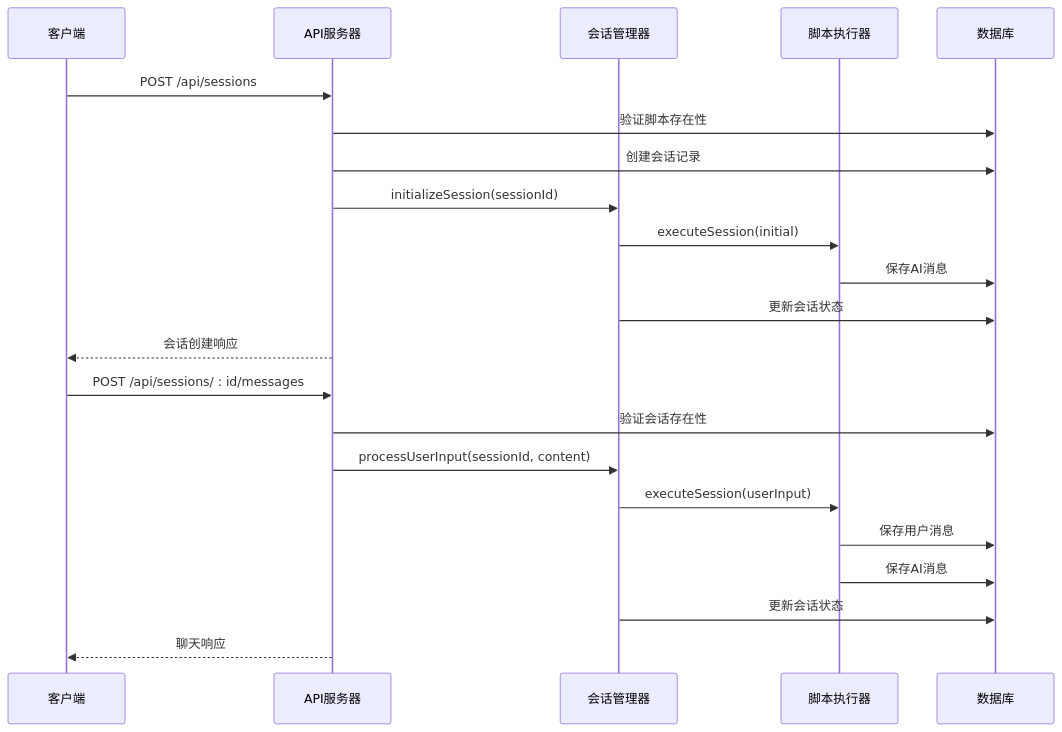
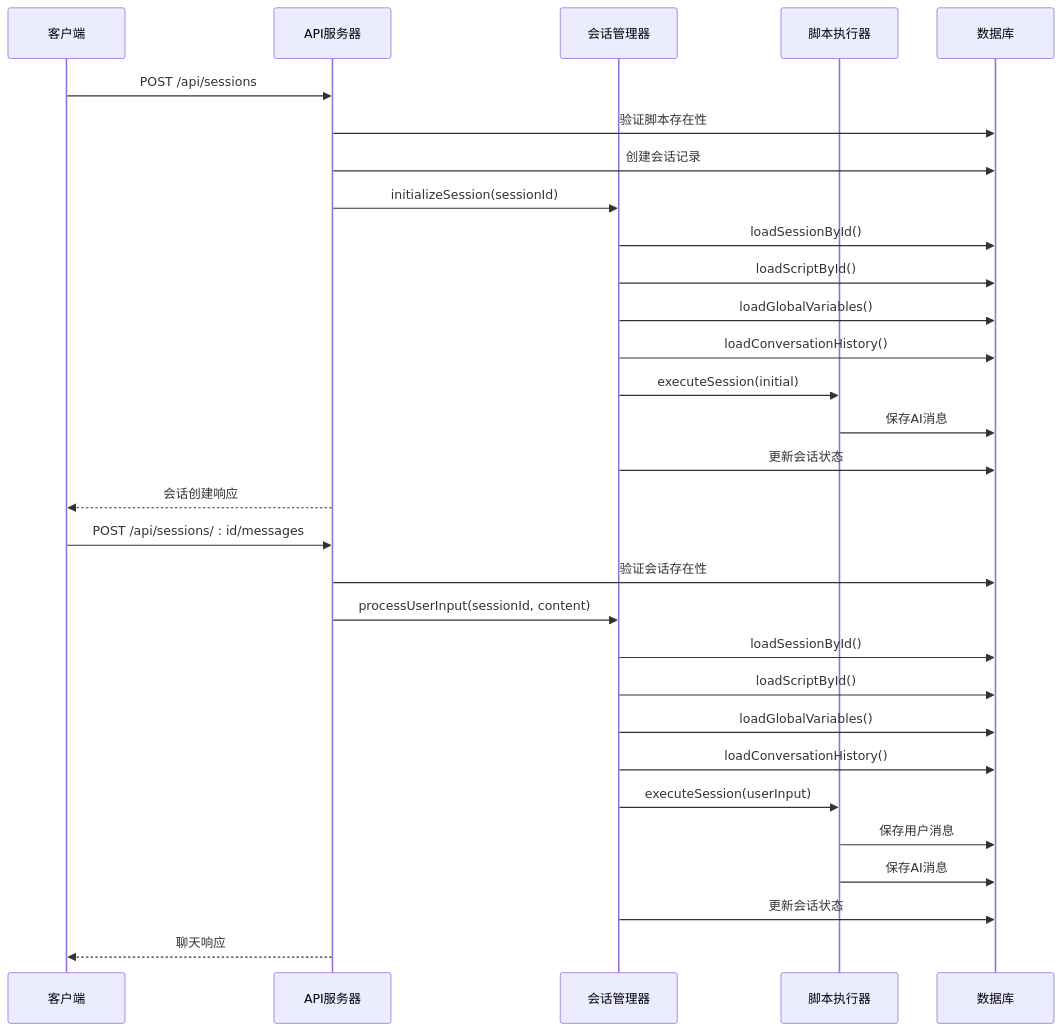
The fourth of 9 diagrams in .qoder/repowiki/zh/content/API接口文档/会话管理API.md (EverettCamus/HeartRule-Qoder), drawn with Mermaid before and after one commit. The commit also changed other lines of this file and 31 other files, not shown here.

````diff
--- a/.qoder/repowiki/zh/content/API接口文档/会话管理API.md
+++ b/.qoder/repowiki/zh/content/API接口文档/会话管理API.md
@@ -188,24 +220,32 @@
 ```mermaid
 sequenceDiagram
 participant Client as 客户端
 participant API as API服务器
 participant Manager as 会话管理器
 participant Engine as 脚本执行器
 participant DB as 数据库
 Client->>API : POST /api/sessions
 API->>DB : 验证脚本存在性
 API->>DB : 创建会话记录
 API->>Manager : initializeSession(sessionId)
+Manager->>DB : loadSessionById()
+Manager->>DB : loadScriptById()
+Manager->>DB : loadGlobalVariables()
+Manager->>DB : loadConversationHistory()
 Manager->>Engine : executeSession(initial)
 Engine->>DB : 保存AI消息
 Manager->>DB : 更新会话状态
 API-->>Client : 会话创建响应
 Client->>API : POST /api/sessions/ : id/messages
 API->>DB : 验证会话存在性
 API->>Manager : processUserInput(sessionId, content)
+Manager->>DB : loadSessionById()
+Manager->>DB : loadScriptById()
+Manager->>DB : loadGlobalVariables()
+Manager->>DB : loadConversationHistory()
 Manager->>Engine : executeSession(userInput)
 Engine->>DB : 保存用户消息
 Engine->>DB : 保存AI消息
 Manager->>DB : 更新会话状态
 API-->>Client : 聊天响应
 ```
````
